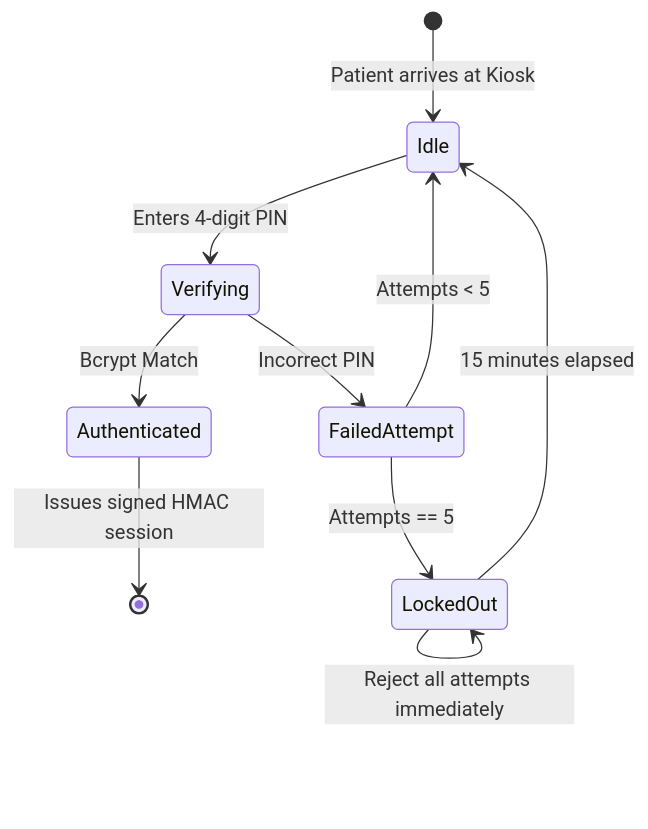
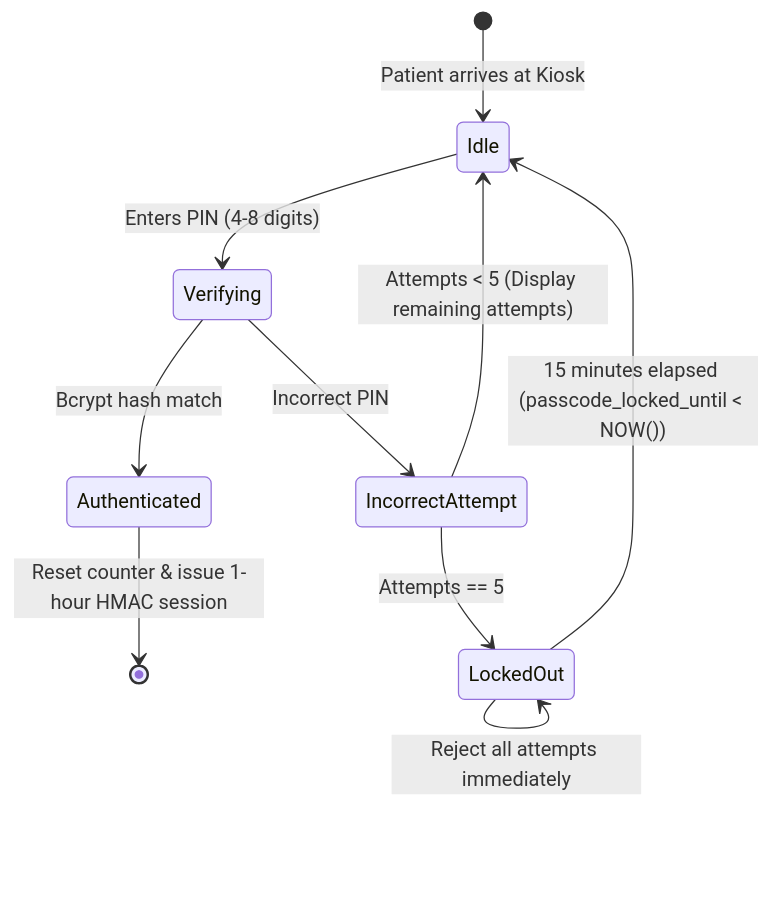
The second of 2 diagrams in docs/SECURITY.md (2k24cs1k2412828-cloud/medibuddy_xcatalyst), drawn with Mermaid before and after one commit. The commit also changed other lines of this file and 12 other files, not shown here.

````diff
--- a/docs/SECURITY.md
+++ b/docs/SECURITY.md
@@ -45,14 +86,14 @@
 ```mermaid
 stateDiagram-v2
     [*] --> Idle: Patient arrives at Kiosk
-    Idle --> Verifying: Enters 4-digit PIN
-    Verifying --> Authenticated: Bcrypt Match
-    Authenticated --> [*]: Issues signed HMAC session
-    
-    Verifying --> FailedAttempt: Incorrect PIN
-    FailedAttempt --> Idle: Attempts < 5
-    FailedAttempt --> LockedOut: Attempts == 5
-    
+    Idle --> Verifying: Enters PIN (4-8 digits)
+    Verifying --> Authenticated: Bcrypt hash match
+    Authenticated --> [*]: Reset counter & issue 1-hour HMAC session
+
+    Verifying --> IncorrectAttempt: Incorrect PIN
+    IncorrectAttempt --> Idle: Attempts < 5 (Display remaining attempts)
+    IncorrectAttempt --> LockedOut: Attempts == 5
+
     LockedOut --> LockedOut: Reject all attempts immediately
-    LockedOut --> Idle: 15 minutes elapsed
+    LockedOut --> Idle: 15 minutes elapsed (passcode_locked_until < NOW())
 ```
````
